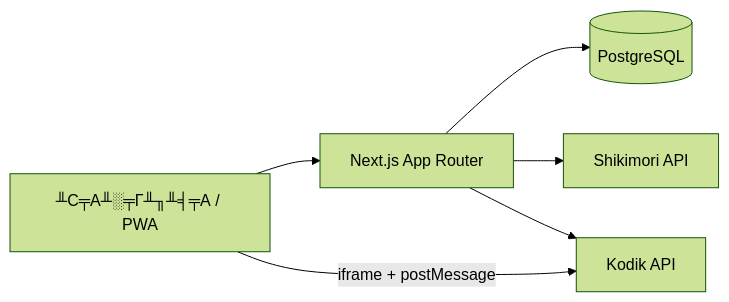
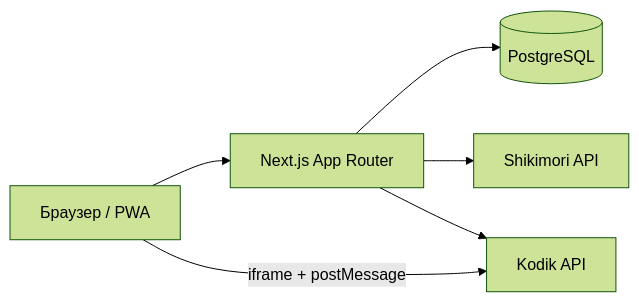
Before and after one commit to DygDyg/track-anime: the diagram in README.md, drawn with Mermaid (forest theme). The commit also changed other lines of this file, not shown here.

````diff
--- a/README.md
+++ b/README.md
@@ -29,14 +29,14 @@
 ```mermaid
 flowchart LR
-  Browser["╨С╤А╨░╤Г╨╖╨╡╤А / PWA"]
+  Browser["Браузер / PWA"]
   Next["Next.js App Router"]
   DB[("PostgreSQL")]
   Shiki["Shikimori API"]
   Kodik["Kodik API"]
 
   Browser --> Next
   Next --> DB
   Next --> Shiki
   Next --> Kodik
   Browser -->|"iframe + postMessage"| Kodik
 ```
````
